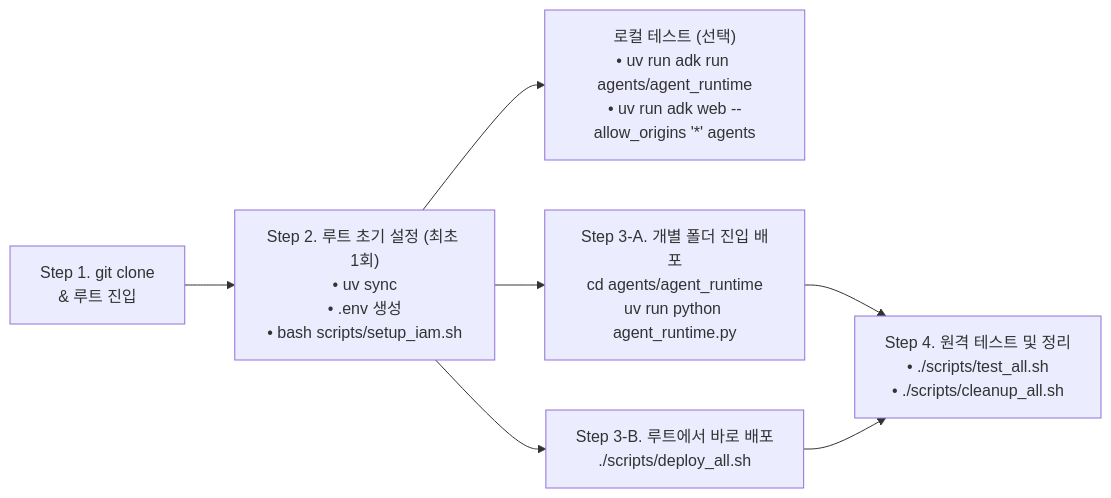
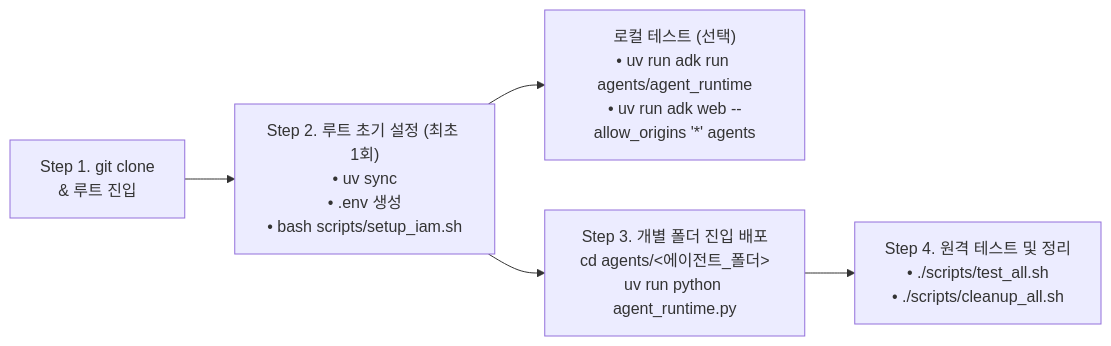
One commit to kiwonilee/gemini-enterprise-agent-platform changed the diagram in README.md. Above: the diagram before and after it, drawn with Mermaid. The commit also changed other lines of this file and 2 other files, not shown here.

Commit message:
refactor: remove deploy_all.sh and standardize on per-folder agent deployment

````diff
--- a/README.md
+++ b/README.md
@@ -62,8 +61,7 @@
 ```mermaid
 flowchart LR
     Step1["Step 1. git clone\n& 루트 진입"] --> Step2["Step 2. 루트 초기 설정 (최초 1회)\n• uv sync\n• .env 생성\n• bash scripts/setup_iam.sh"]
     Step2 --> StepLocal["로컬 테스트 (선택)\n• uv run adk run agents/agent_runtime\n• uv run adk web --allow_origins '*' agents"]
-    Step2 --> Step3A["Step 3-A. 개별 폴더 진입 배포\ncd agents/agent_runtime\nuv run python agent_runtime.py"]
-    Step2 --> Step3B["Step 3-B. 루트에서 바로 배포\n./scripts/deploy_all.sh"]
-    Step3A & Step3B --> Step4["Step 4. 원격 테스트 및 정리\n• ./scripts/test_all.sh\n• ./scripts/cleanup_all.sh"]
+    Step2 --> Step3["Step 3. 개별 폴더 진입 배포\ncd agents/<에이전트_폴더>\nuv run python agent_runtime.py"]
+    Step3 --> Step4["Step 4. 원격 테스트 및 정리\n• ./scripts/test_all.sh\n• ./scripts/cleanup_all.sh"]
 ```
````
